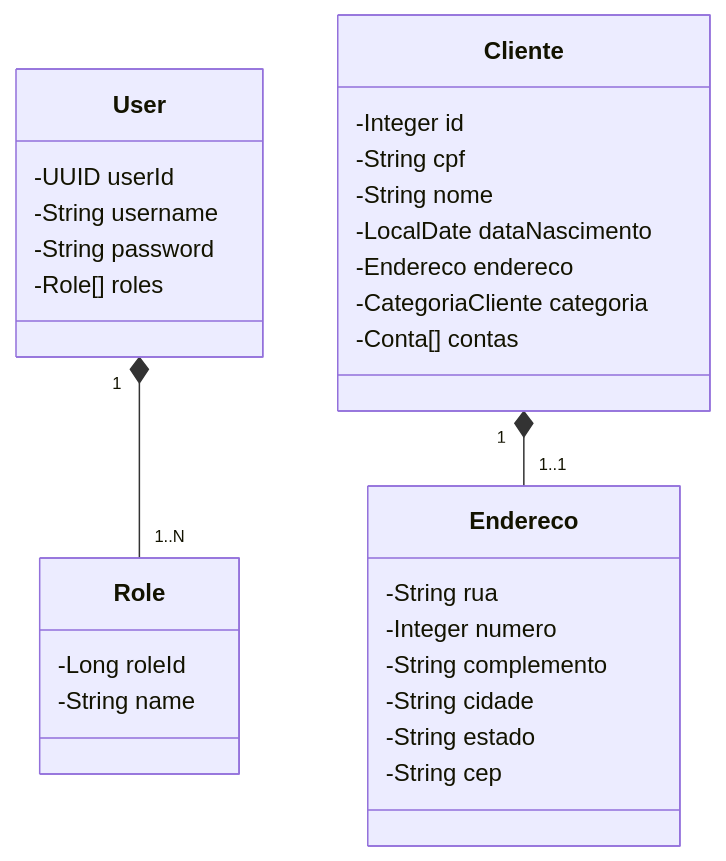
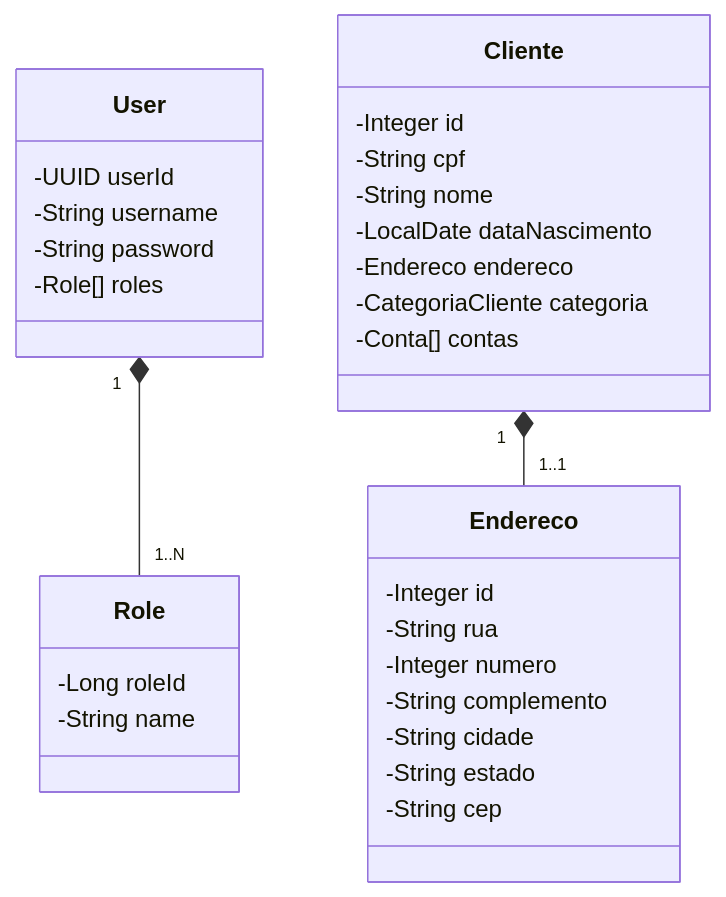
The first of 4 diagrams in README.md (agsilvamhm/bancodigital), drawn with Mermaid before and after one commit. The commit also changed 20 other files, not shown here.

````diff
--- a/README.md
+++ b/README.md
@@ -22,37 +22,38 @@
 ```mermaid
 classDiagram
   class User {
     -UUID userId
     -String username
     -String password
     -Role[] roles
   }
 
   class Role {
     -Long roleId
     -String name
   }
   
   class Cliente {
     -Integer id
     -String cpf
     -String nome
     -LocalDate dataNascimento
     -Endereco endereco
     -CategoriaCliente categoria 
     -Conta[] contas 
   }
   
   class Endereco {
+    -Integer id
     -String rua
     -Integer numero
     -String complemento
     -String cidade
     -String estado
     -String cep 
   }
 
   User "1" *-- "1..N" Role
   Cliente "1" *-- "1..1" Endereco
   
 ```
````
